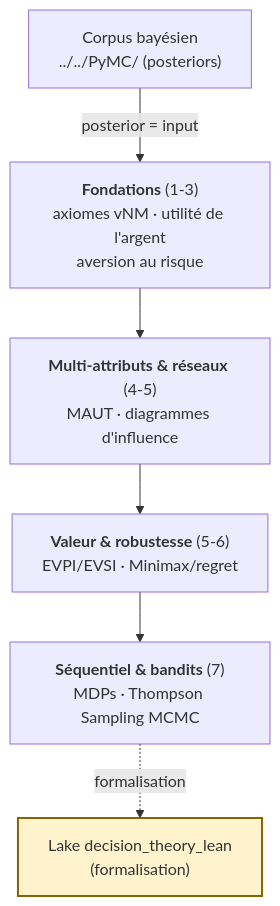
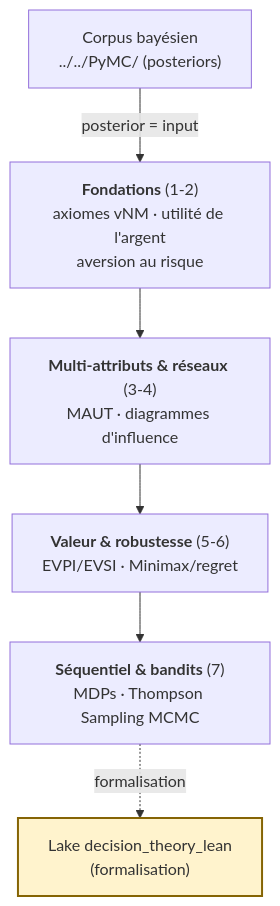
The diagram in MyIA.AI.Notebooks/Probas/DecisionTheory/PyMC/README.md (jsboige/CoursIA), drawn with Mermaid before and after one commit. The commit also changed other lines of this file and 1 other file, not shown here.

Commit message:
docs(dectheory): fix 3 post-rename #5203 drifts in DecInfer + DecPyMC READMEs (§E)
§E feuille audit firsthand on DecisionTheory/{DecInfer,PyMC}/README.md found
3 drifts residual to rename #5203 (PyMC -> DecPyMC) + extract #4725:

1. DecPyMC Mermaid L33-34: ranges (1-3)(4-5) copied from DecInfer but DecPyMC-3
   = Multi-Attribute (not Fondations). Fixed to (1-2)(3-4) to match prose L46
   ("3-4 etendent multi-criteres et reseaux") = intra-file coherence restored.

2. DecPyMC L58 link label "DecPyMC-14" -> "PyMC-14": DecPyMC series stops at 7,
   PyMC-14-Causal-Inference lives in the main corpus (../PyMC/).

3. DecInfer L121 ponts table "PyMC-1 a PyMC-7" -> "DecPyMC-1 a DecPyMC-7":
   rename #5203 renamed notebooks DecPyMC-N, label must follow.

Gate #5353 evidence:
- (a) find count: DecInfer=10 .ipynb (DecInfer-1..10), DecPyMC=7 (DecPyMC-1..7)
- (b) disk=prose=catalog: DecPyMC "7 notebooks" L5 = 7 disk; DecInfer "10" = 10
- (c) lists/tree current: check_docs_links.py --check = 0 broken; all 3 drifts
  were intra-file incoherence (mermaid vs prose, stale rename labels)

+4/-4 markdown-only, 2 files (same series, same rename root cause = groupment).

See #3975

````diff
--- a/MyIA.AI.Notebooks/Probas/DecisionTheory/PyMC/README.md
+++ b/MyIA.AI.Notebooks/Probas/DecisionTheory/PyMC/README.md
@@ -31,14 +31,14 @@
 ```mermaid
 flowchart TD
-    A["<b>Fondations</b> (1-3)<br/>axiomes vNM · utilité de l'argent<br/>aversion au risque"]
-    B["<b>Multi-attributs & réseaux</b> (4-5)<br/>MAUT · diagrammes d'influence"]
+    A["<b>Fondations</b> (1-2)<br/>axiomes vNM · utilité de l'argent<br/>aversion au risque"]
+    B["<b>Multi-attributs & réseaux</b> (3-4)<br/>MAUT · diagrammes d'influence"]
     C["<b>Valeur & robustesse</b> (5-6)<br/>EVPI/EVSI · Minimax/regret"]
     D["<b>Séquentiel & bandits</b> (7)<br/>MDPs · Thompson Sampling MCMC"]
     BAY["Corpus bayésien<br/>../../PyMC/ (posteriors)"]
     LAKE["Lake decision_theory_lean<br/>(formalisation)"]
     BAY -->|"posterior = input"| A
     A --> B --> C --> D
     D -.->|"formalisation"| LAKE
     classDef lake fill:#fff3cd,stroke:#856404,stroke-width:2px;
     class LAKE lake;
 ```
````
